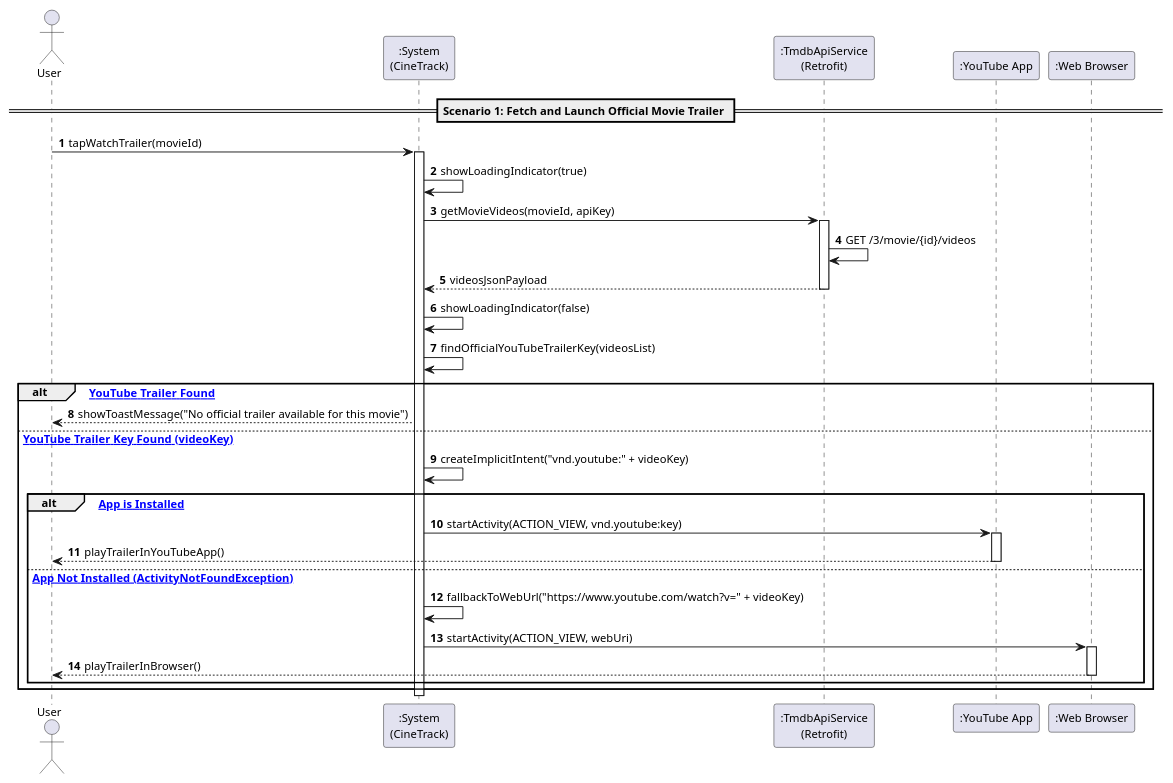
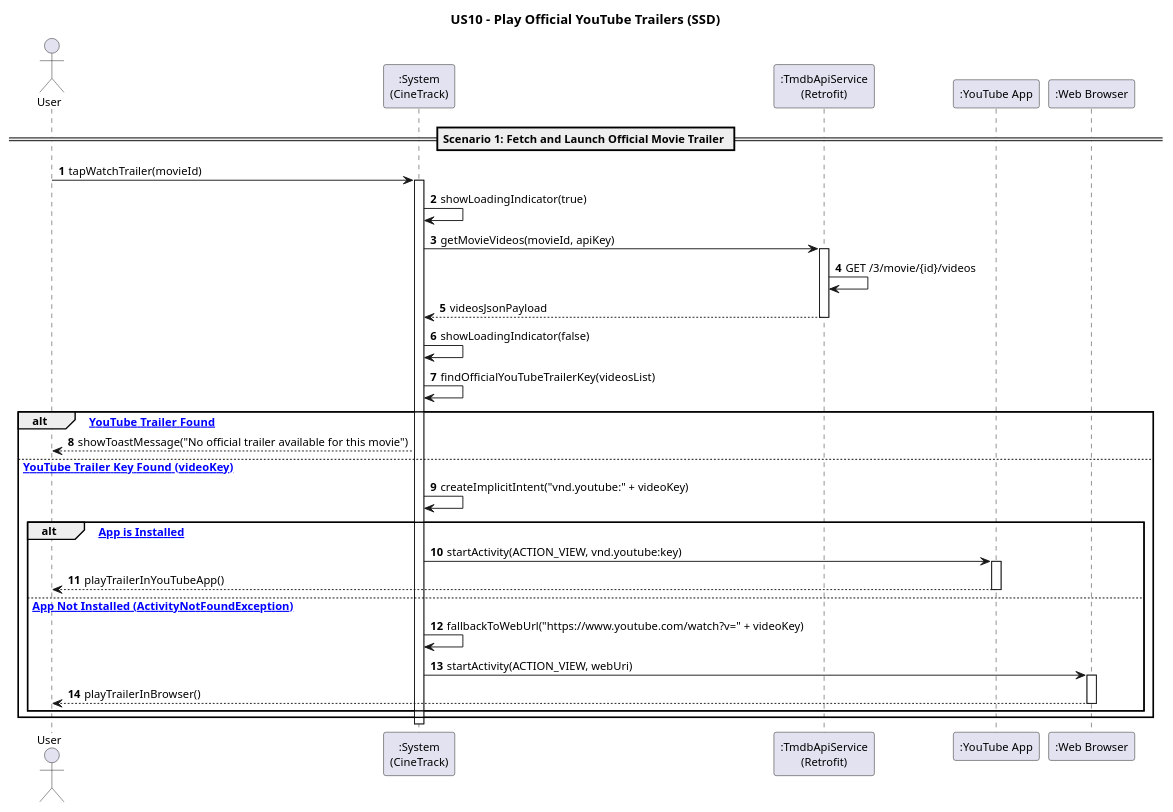
One commit to Andre-1240567/DSSMV_ProjectDroid_1240567_1241013 changed the diagram in docs/Use Cases/US10/puml/ssd_us10_trailers.puml. Above: the diagram before and after it, drawn with PlantUML. The commit also changed 62 other files, not shown here.

Commit message:
docs: add standard 'USX - (Functionality)' titles to all sequence diagrams

```diff
--- a/docs/Use Cases/US10/puml/ssd_us10_trailers.puml
+++ b/docs/Use Cases/US10/puml/ssd_us10_trailers.puml
@@ -1,52 +1,54 @@
 @startuml
 skinparam monochrome false
 skinparam shadowing false
 skinparam defaultFontName "Helvetica, Arial, sans-serif"
 skinparam defaultFontSize 12
+
+title US10 - Play Official YouTube Trailers (SSD)
 
 actor "User" as User
 participant ":System\n(CineTrack)" as System
 participant ":TmdbApiService\n(Retrofit)" as TmdbApi
 participant ":YouTube App" as YouTubeApp
 participant ":Web Browser" as Browser
 
 autonumber
 
 == Scenario 1: Fetch and Launch Official Movie Trailer ==
 
 User -> System : tapWatchTrailer(movieId)
 activate System
 
 System -> System : showLoadingIndicator(true)
 System -> TmdbApi : getMovieVideos(movieId, apiKey)
 activate TmdbApi
 
 TmdbApi -> TmdbApi : GET /3/movie/{id}/videos
 TmdbApi --> System : videosJsonPayload
 deactivate TmdbApi
 
 System -> System : showLoadingIndicator(false)
 System -> System : findOfficialYouTubeTrailerKey(videosList)
 
 alt [No YouTube Trailer Found]
     System --> User : showToastMessage("No official trailer available for this movie")
 else [Official YouTube Trailer Key Found (videoKey)]
     System -> System : createImplicitIntent("vnd.youtube:" + videoKey)
     
     alt [YouTube App is Installed]
         System -> YouTubeApp : startActivity(ACTION_VIEW, vnd.youtube:key)
         activate YouTubeApp
         YouTubeApp --> User : playTrailerInYouTubeApp()
         deactivate YouTubeApp
     else [YouTube App Not Installed (ActivityNotFoundException)]
         System -> System : fallbackToWebUrl("https://www.youtube.com/watch?v=" + videoKey)
         System -> Browser : startActivity(ACTION_VIEW, webUri)
         activate Browser
         Browser --> User : playTrailerInBrowser()
         deactivate Browser
     end
 end
 
 deactivate System
 
 @enduml
```
